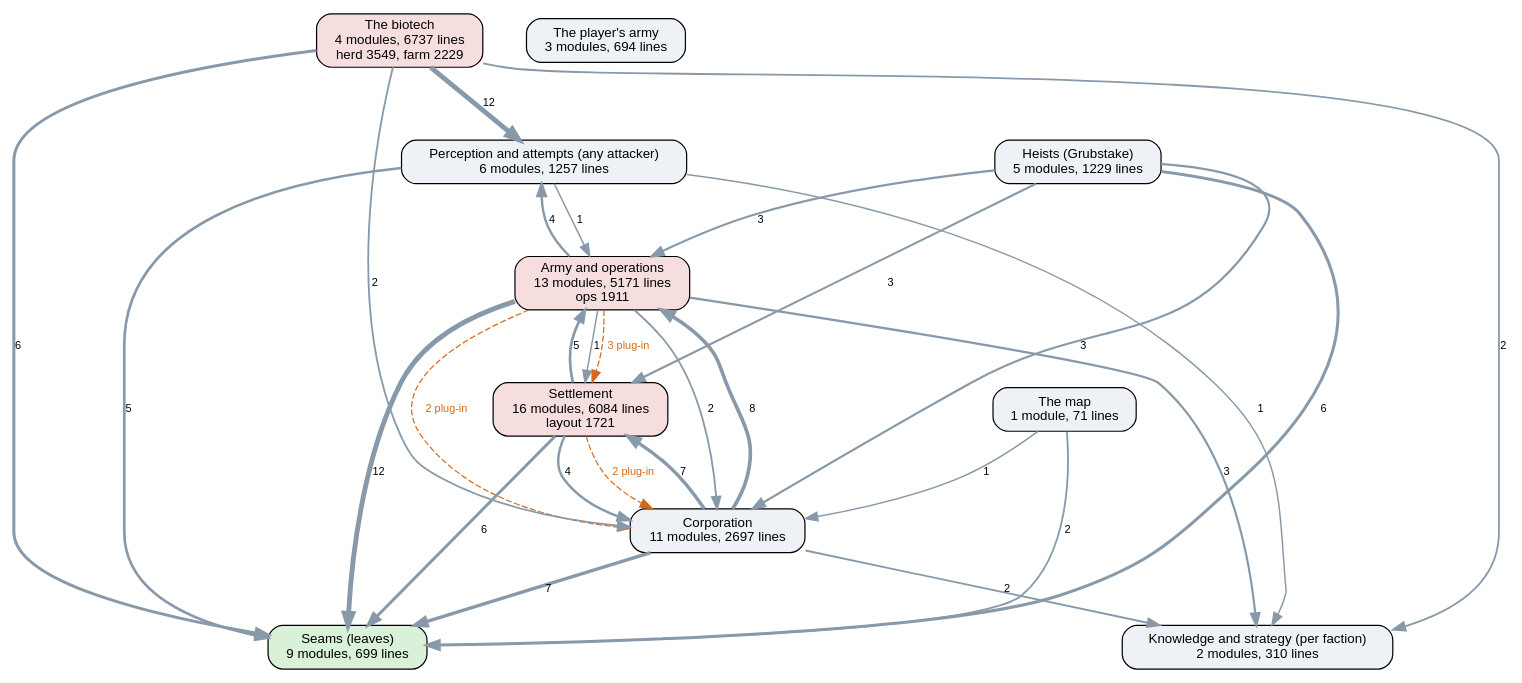
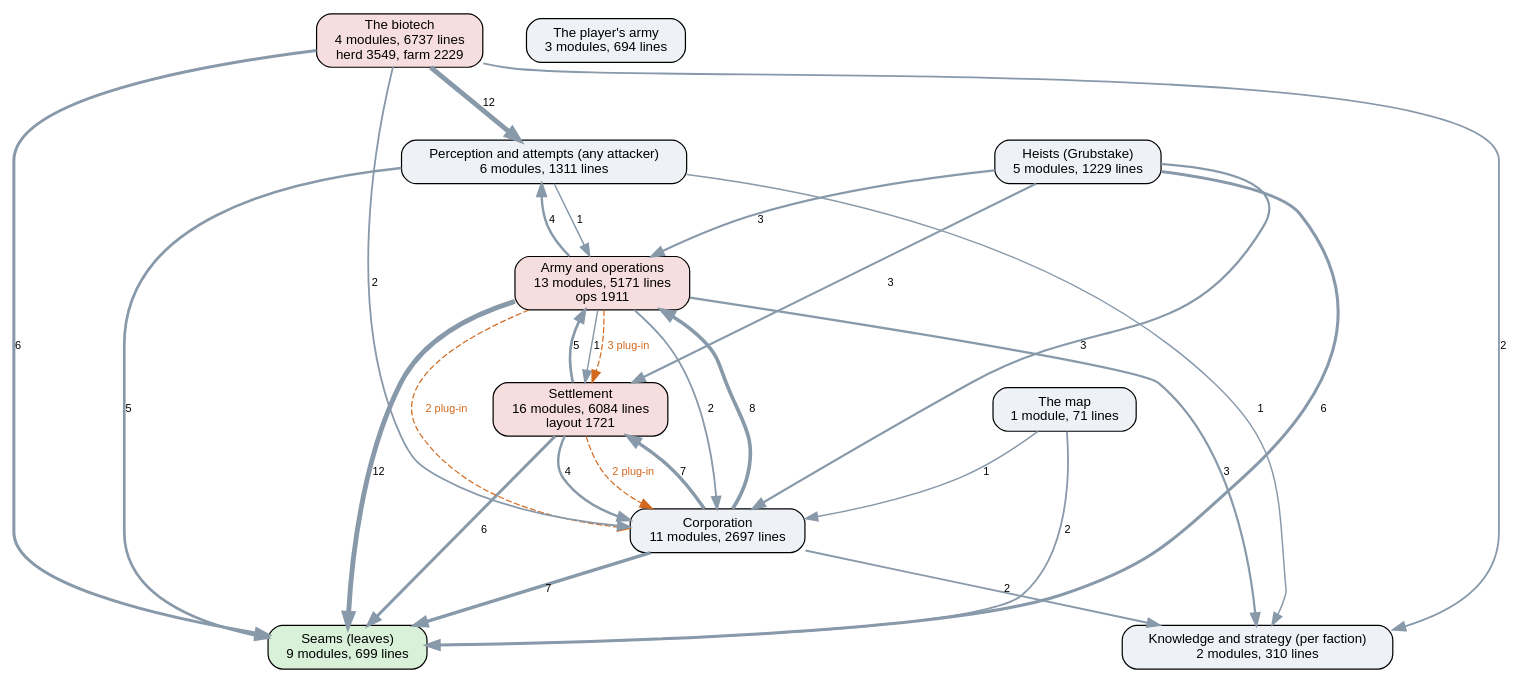
Before and after one commit to kinelhu/landing-party: the diagram in docs/ai-layers.dot, drawn with Graphviz. The commit also changed 7 other files, not shown here.

```diff
--- a/docs/ai-layers.dot
+++ b/docs/ai-layers.dot
@@ -1,43 +1,43 @@
 digraph layers {
   graph [rankdir=TB, fontname="Helvetica", nodesep=0.5, ranksep=0.7];
   node [shape=box, style="rounded,filled", fontname="Helvetica", fontsize=11, fillcolor="#eef2f7"];
   edge [color="#8899aa", fontname="Helvetica", fontsize=9];
   "Seams (leaves)" [label="Seams (leaves)\n9 modules, 699 lines", fillcolor="#d9f0d9"];
-  "Perception and attempts (any attacker)" [label="Perception and attempts (any attacker)\n6 modules, 1257 lines", fillcolor="#eef2f7"];
+  "Perception and attempts (any attacker)" [label="Perception and attempts (any attacker)\n6 modules, 1311 lines", fillcolor="#eef2f7"];
   "Knowledge and strategy (per faction)" [label="Knowledge and strategy (per faction)\n2 modules, 310 lines", fillcolor="#eef2f7"];
   "Corporation" [label="Corporation\n11 modules, 2697 lines", fillcolor="#eef2f7"];
   "Settlement" [label="Settlement\n16 modules, 6084 lines\nlayout 1721", fillcolor="#f7dede"];
   "Army and operations" [label="Army and operations\n13 modules, 5171 lines\nops 1911", fillcolor="#f7dede"];
   "Heists (Grubstake)" [label="Heists (Grubstake)\n5 modules, 1229 lines", fillcolor="#eef2f7"];
   "The biotech" [label="The biotech\n4 modules, 6737 lines\nherd 3549, farm 2229", fillcolor="#f7dede"];
   "The map" [label="The map\n1 module, 71 lines", fillcolor="#eef2f7"];
   "The player's army" [label="The player's army\n3 modules, 694 lines", fillcolor="#eef2f7"];
   "Army and operations" -> "Corporation" [label="2", penwidth=1.5];
   "Army and operations" -> "Knowledge and strategy (per faction)" [label="3", penwidth=1.8];
   "Army and operations" -> "Perception and attempts (any attacker)" [label="4", penwidth=2.0];
   "Army and operations" -> "Seams (leaves)" [label="12", penwidth=4.0];
   "Army and operations" -> "Settlement" [label="1", penwidth=1.2];
   "Corporation" -> "Army and operations" [label="8", penwidth=3.0];
   "Corporation" -> "Knowledge and strategy (per faction)" [label="2", penwidth=1.5];
   "Corporation" -> "Seams (leaves)" [label="7", penwidth=2.8];
   "Corporation" -> "Settlement" [label="7", penwidth=2.8];
   "Heists (Grubstake)" -> "Army and operations" [label="3", penwidth=1.8];
   "Heists (Grubstake)" -> "Corporation" [label="3", penwidth=1.8];
   "Heists (Grubstake)" -> "Seams (leaves)" [label="6", penwidth=2.5];
   "Heists (Grubstake)" -> "Settlement" [label="3", penwidth=1.8];
   "Perception and attempts (any attacker)" -> "Army and operations" [label="1", penwidth=1.2];
   "Perception and attempts (any attacker)" -> "Knowledge and strategy (per faction)" [label="1", penwidth=1.2];
   "Perception and attempts (any attacker)" -> "Seams (leaves)" [label="5", penwidth=2.2];
   "Settlement" -> "Army and operations" [label="5", penwidth=2.2];
   "Settlement" -> "Corporation" [label="4", penwidth=2.0];
   "Settlement" -> "Seams (leaves)" [label="6", penwidth=2.5];
   "The biotech" -> "Corporation" [label="2", penwidth=1.5];
   "The biotech" -> "Knowledge and strategy (per faction)" [label="2", penwidth=1.5];
   "The biotech" -> "Perception and attempts (any attacker)" [label="12", penwidth=4.0];
   "The biotech" -> "Seams (leaves)" [label="6", penwidth=2.5];
   "The map" -> "Corporation" [label="1", penwidth=1.2];
   "The map" -> "Seams (leaves)" [label="2", penwidth=1.5];
   "Army and operations" -> "Corporation" [style=dashed, color="#d2691e", fontcolor="#d2691e", label="2 plug-in"];
   "Army and operations" -> "Settlement" [style=dashed, color="#d2691e", fontcolor="#d2691e", label="3 plug-in"];
   "Settlement" -> "Corporation" [style=dashed, color="#d2691e", fontcolor="#d2691e", label="2 plug-in"];
 }
```
